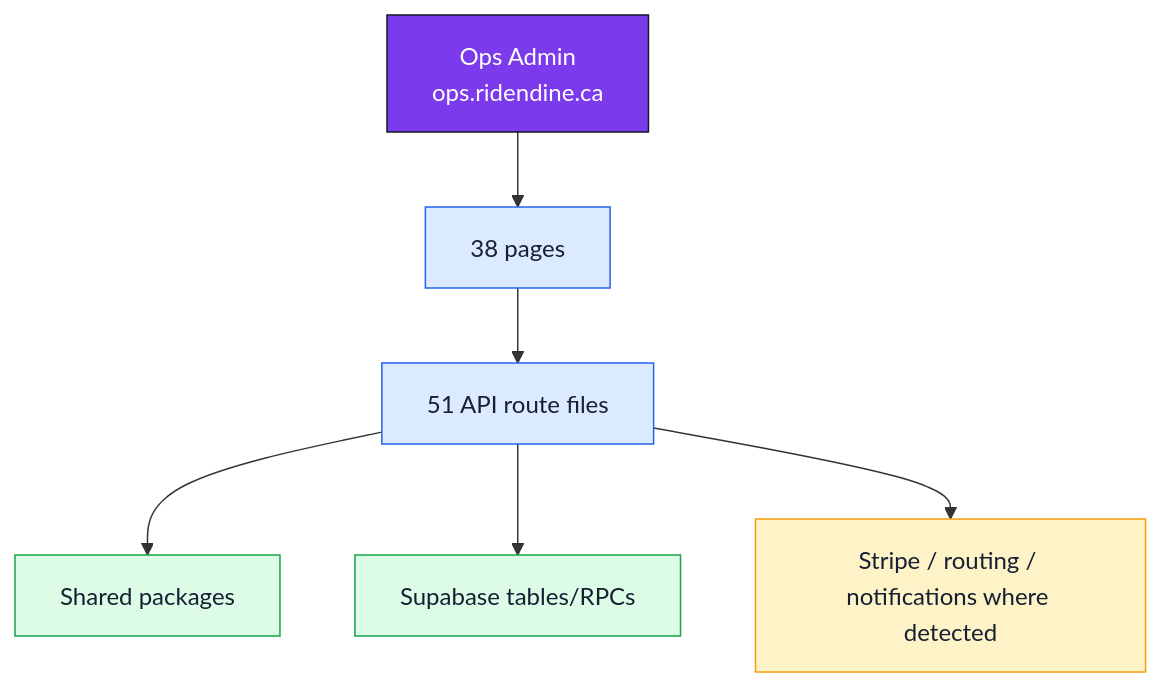
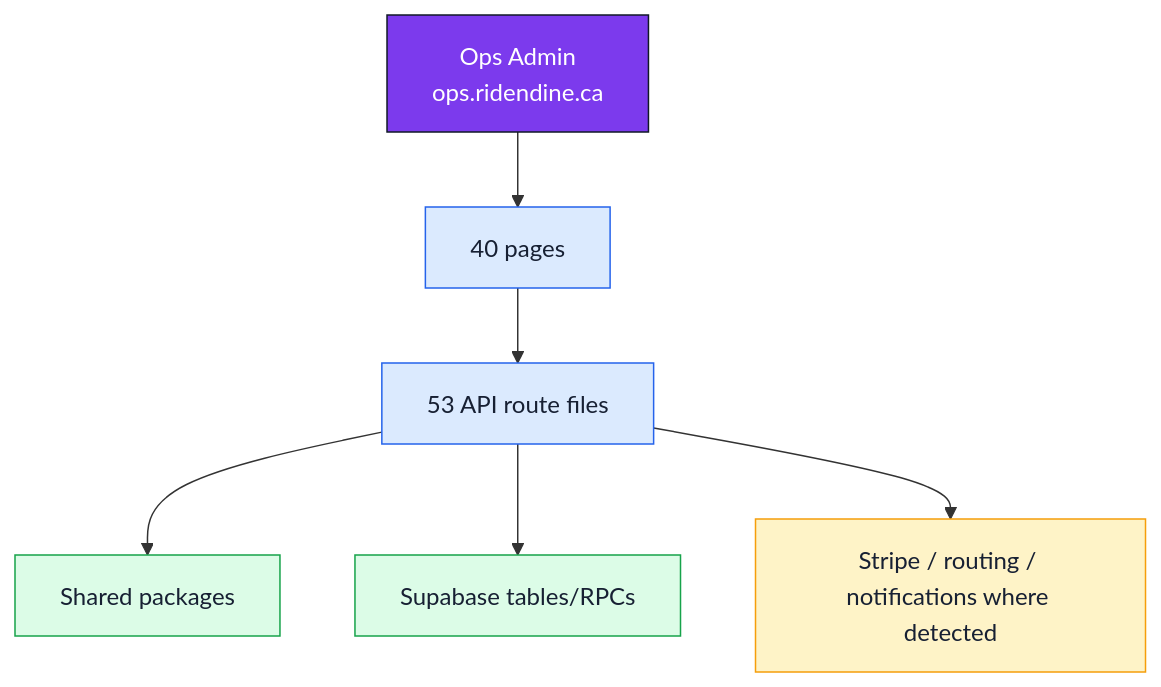
One commit to Ritenoob/ridendine-marketplace changed the diagram in docs/architecture/codebase-map/apps/ops-admin.md. Above: the diagram before and after it, drawn with Mermaid. The commit also changed other lines of this file and 50 other files, not shown here.

````diff
--- a/docs/architecture/codebase-map/apps/ops-admin.md
+++ b/docs/architecture/codebase-map/apps/ops-admin.md
@@ -20,18 +20,18 @@
 ```mermaid
 flowchart TB
   classDef app fill:#7c3aed,stroke:#111827,color:#ffffff
   classDef api fill:#dbeafe,stroke:#2563eb,color:#172033
   classDef data fill:#dcfce7,stroke:#16a34a,color:#172033
   classDef warn fill:#fef3c7,stroke:#f59e0b,color:#172033
   App["Ops Admin<br/>ops.ridendine.ca"]:::app
-  Pages["38 pages"]:::api
-  APIs["51 API route files"]:::api
+  Pages["40 pages"]:::api
+  APIs["53 API route files"]:::api
   Shared["Shared packages"]:::data
   DB["Supabase tables/RPCs"]:::data
   External["Stripe / routing / notifications where detected"]:::warn
   App --> Pages
   Pages --> APIs
   APIs --> Shared
   APIs --> DB
   APIs --> External
 ```
````
